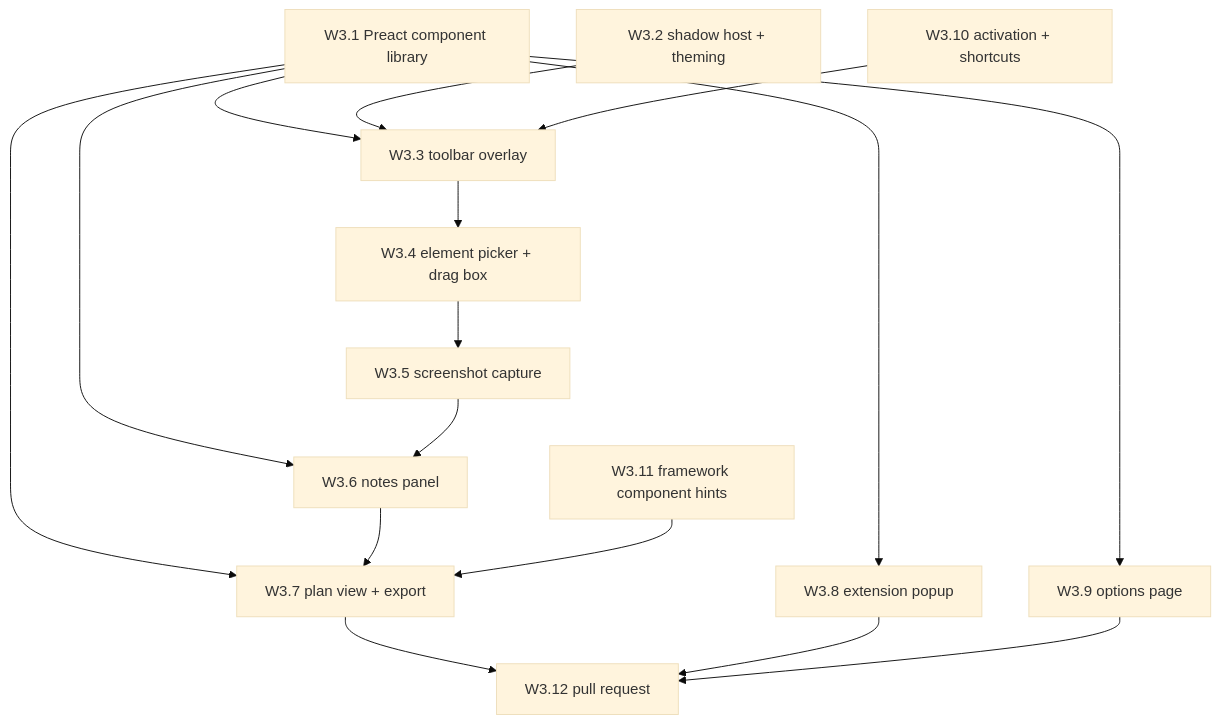
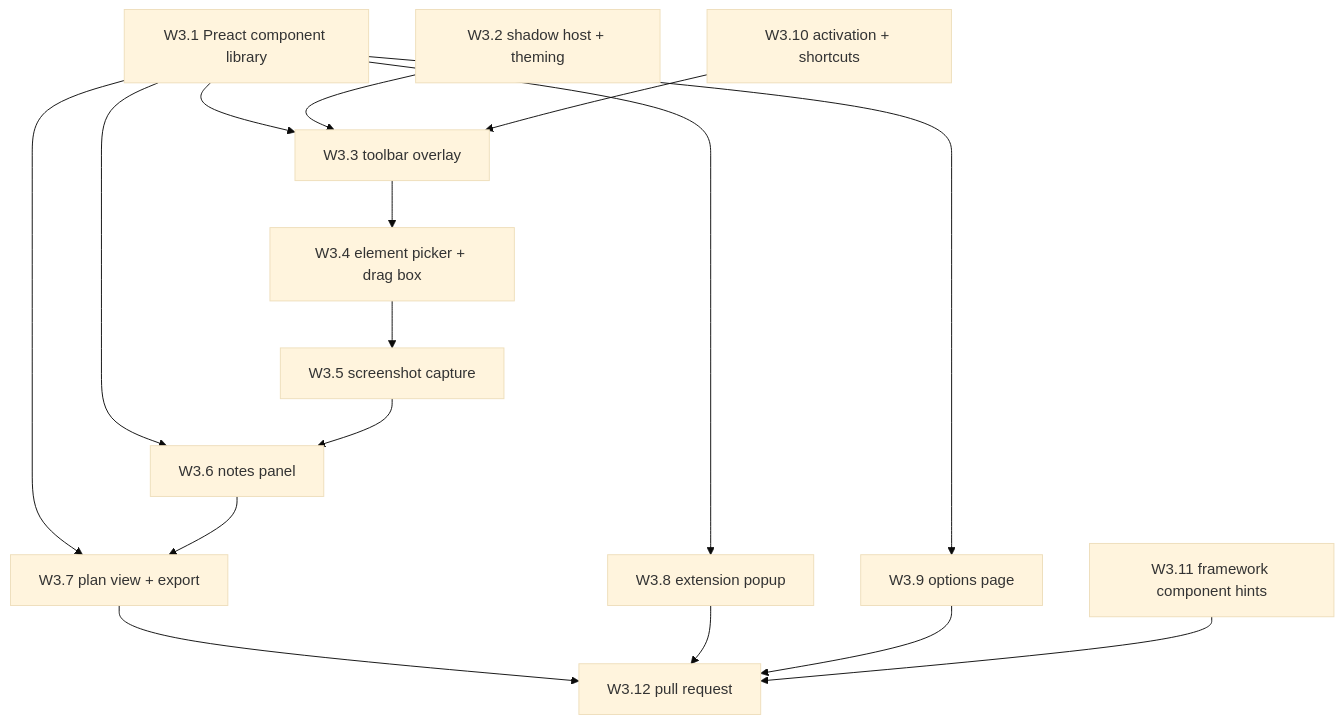
The diagram in docs/plans/wave-3-ui-and-capture.md (whizzzkid/point-and-shoot), drawn with Mermaid (base theme) before and after one commit. The commit also changed other lines of this file and 6 other files, not shown here.

First line of the commit message:
docs(plans): 📝 fold the architecture review findings into the plan

````diff
--- a/docs/plans/wave-3-ui-and-capture.md
+++ b/docs/plans/wave-3-ui-and-capture.md
@@ -31,31 +31,31 @@
 ```mermaid
 flowchart TD
   W31["W3.1 Preact component library"]
   W32["W3.2 shadow host + theming"]
   W33["W3.3 toolbar overlay"]
   W34["W3.4 element picker + drag box"]
   W35["W3.5 screenshot capture"]
   W36["W3.6 notes panel"]
   W37["W3.7 plan view + export"]
   W38["W3.8 extension popup"]
   W39["W3.9 options page"]
   W310["W3.10 activation + shortcuts"]
   W311["W3.11 framework component hints"]
   W312["W3.12 pull request"]
 
   W31 --> W33
   W31 --> W36
   W31 --> W37
   W31 --> W38
   W31 --> W39
   W32 --> W33
   W33 --> W34
   W34 --> W35
   W35 --> W36
   W36 --> W37
-  W311 --> W37
   W310 --> W33
   W37 --> W312
   W38 --> W312
   W39 --> W312
+  W311 --> W312
 ```
````
